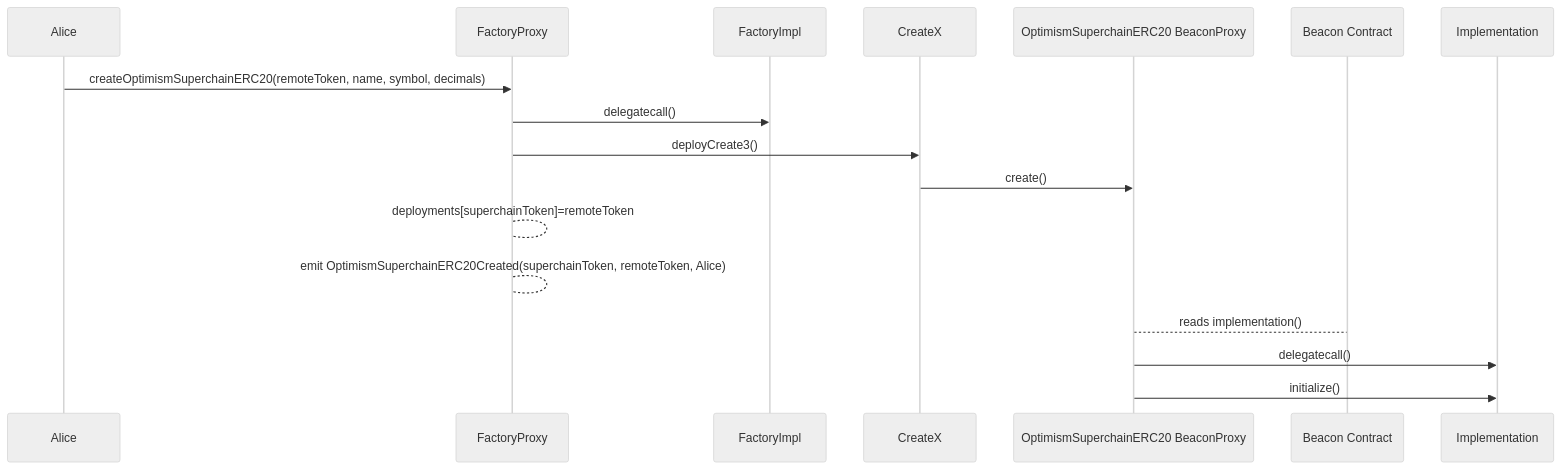
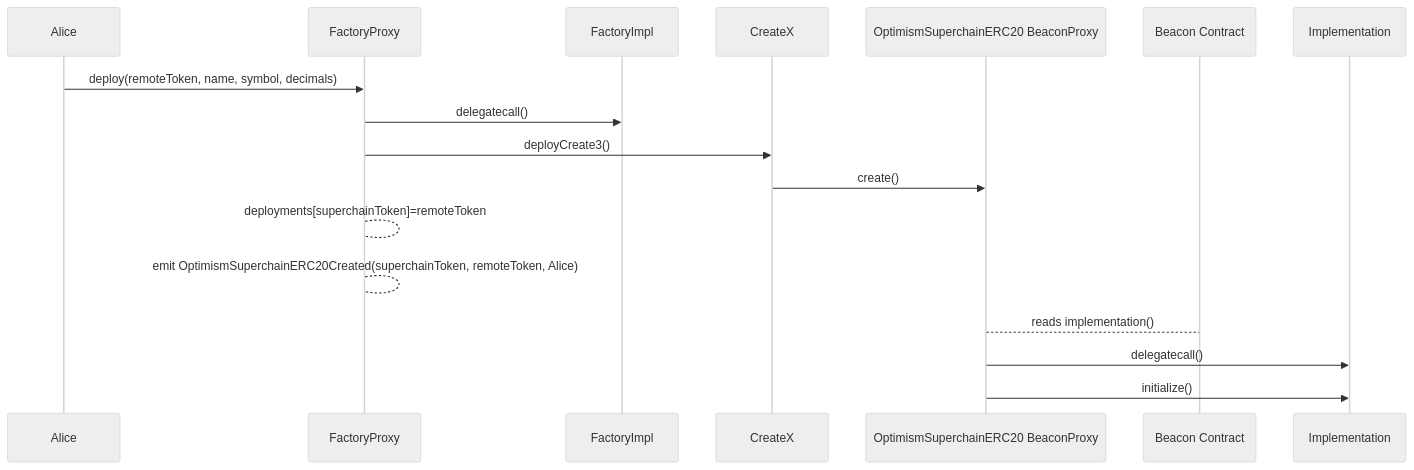
One commit to ethereum-optimism/specs changed the first of 2 diagrams in specs/interop/predeploys.md. Above: the diagram before and after it, drawn with Mermaid (neutral theme). The commit also changed other lines of this file, not shown here.

````diff
--- a/specs/interop/predeploys.md
+++ b/specs/interop/predeploys.md
@@ -471,19 +476,19 @@
 ```mermaid
 sequenceDiagram
   participant Alice
   participant FactoryProxy
   participant FactoryImpl
   participant CreateX
   participant BeaconProxy as OptimismSuperchainERC20 BeaconProxy
   participant Beacon Contract
   participant Implementation
-  Alice->>FactoryProxy: createOptimismSuperchainERC20(remoteToken, name, symbol, decimals)
+  Alice->>FactoryProxy: deploy(remoteToken, name, symbol, decimals)
   FactoryProxy->>FactoryImpl: delegatecall()
   FactoryProxy->>CreateX: deployCreate3()
   CreateX->>BeaconProxy: create()
   FactoryProxy-->FactoryProxy: deployments[superchainToken]=remoteToken
   FactoryProxy-->FactoryProxy: emit OptimismSuperchainERC20Created(superchainToken, remoteToken, Alice)
   BeaconProxy-->Beacon Contract: reads implementation()
   BeaconProxy->>Implementation: delegatecall()
   BeaconProxy->>Implementation: initialize()
 ```
````
